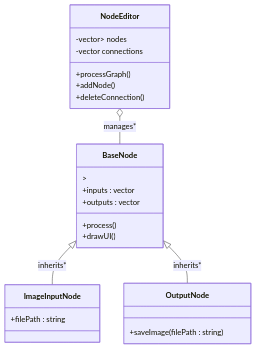
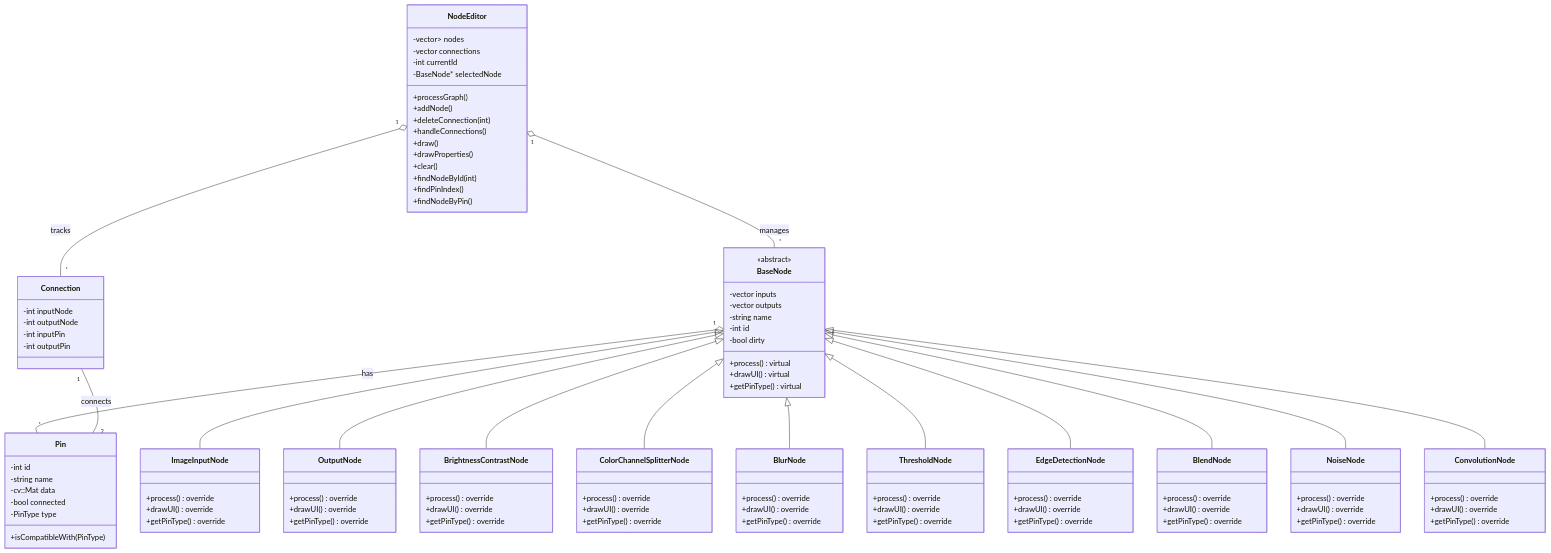
One commit to Shubhammore71/Mixar-Node-Image-Editor changed the diagram in README.md. Above: the diagram before and after it, drawn with Mermaid.

Commit message:
updating classes

````diff
--- a/README.md
+++ b/README.md
@@ -141,30 +141,125 @@
 ```mermaid
 classDiagram
     class NodeEditor {
-        -vector> nodes
-        -vector connections
+        -vector<unique_ptr<BaseNode>> nodes
+        -vector<Connection> connections
+        -int currentId
+        -BaseNode* selectedNode
         +processGraph()
         +addNode()
-        +deleteConnection()
+        +deleteConnection(int)
+        +handleConnections()
+        +draw()
+        +drawProperties()
+        +clear()
+        +findNodeById(int)
+        +findPinIndex()
+        +findNodeByPin()
     }
 
     class BaseNode {
-        >
-        +process()
-        +drawUI()
-        +inputs : vector
-        +outputs : vector
+        <<abstract>>
+        -vector<Pin> inputs
+        -vector<Pin> outputs
+        -string name
+        -int id
+        -bool dirty
+        +process() virtual
+        +drawUI() virtual
+        +getPinType() virtual
     }
 
     class ImageInputNode {
-        +filePath : string
+        +process() override
+        +drawUI() override
+        +getPinType() override
     }
 
     class OutputNode {
-        +saveImage(filePath : string)
+        +process() override
+        +drawUI() override
+        +getPinType() override
     }
 
-    NodeEditor o-- BaseNode : manages*
-    BaseNode <|-- ImageInputNode : inherits*
-    BaseNode <|-- OutputNode : inherits*
+    class BrightnessContrastNode {
+        +process() override
+        +drawUI() override
+        +getPinType() override
+    }
+
+    class ColorChannelSplitterNode {
+        +process() override
+        +drawUI() override
+        +getPinType() override
+    }
+
+    class BlurNode {
+        +process() override
+        +drawUI() override
+        +getPinType() override
+    }
+
+    class ThresholdNode {
+        +process() override
+        +drawUI() override
+        +getPinType() override
+    }
+
+    class EdgeDetectionNode {
+        +process() override
+        +drawUI() override
+        +getPinType() override
+    }
+
+    class BlendNode {
+        +process() override
+        +drawUI() override
+        +getPinType() override
+    }
+
+    class NoiseNode {
+        +process() override
+        +drawUI() override
+        +getPinType() override
+    }
+
+    class ConvolutionNode {
+        +process() override
+        +drawUI() override
+        +getPinType() override
+    }
+
+    class Connection {
+        -int inputNode
+        -int outputNode
+        -int inputPin
+        -int outputPin
+    }
+
+    class Pin {
+        -int id
+        -string name
+        -cv::Mat data
+        -bool connected
+        -PinType type
+        +isCompatibleWith(PinType)
+    }
+
+    NodeEditor "1" o-- "*" BaseNode : manages
+    NodeEditor "1" o-- "*" Connection : tracks
+    BaseNode "1" o-- "*" Pin : has
+    Connection "1" -- "2" Pin : connects
+    
+    BaseNode <|-- ImageInputNode
+    BaseNode <|-- OutputNode
+    BaseNode <|-- BrightnessContrastNode
+    BaseNode <|-- ColorChannelSplitterNode
+    BaseNode <|-- BlurNode
+    BaseNode <|-- ThresholdNode 
+    BaseNode <|-- EdgeDetectionNode
+    BaseNode <|-- BlendNode
+    BaseNode <|-- NoiseNode
+    BaseNode <|-- ConvolutionNode
+
+ 
 ```
````
